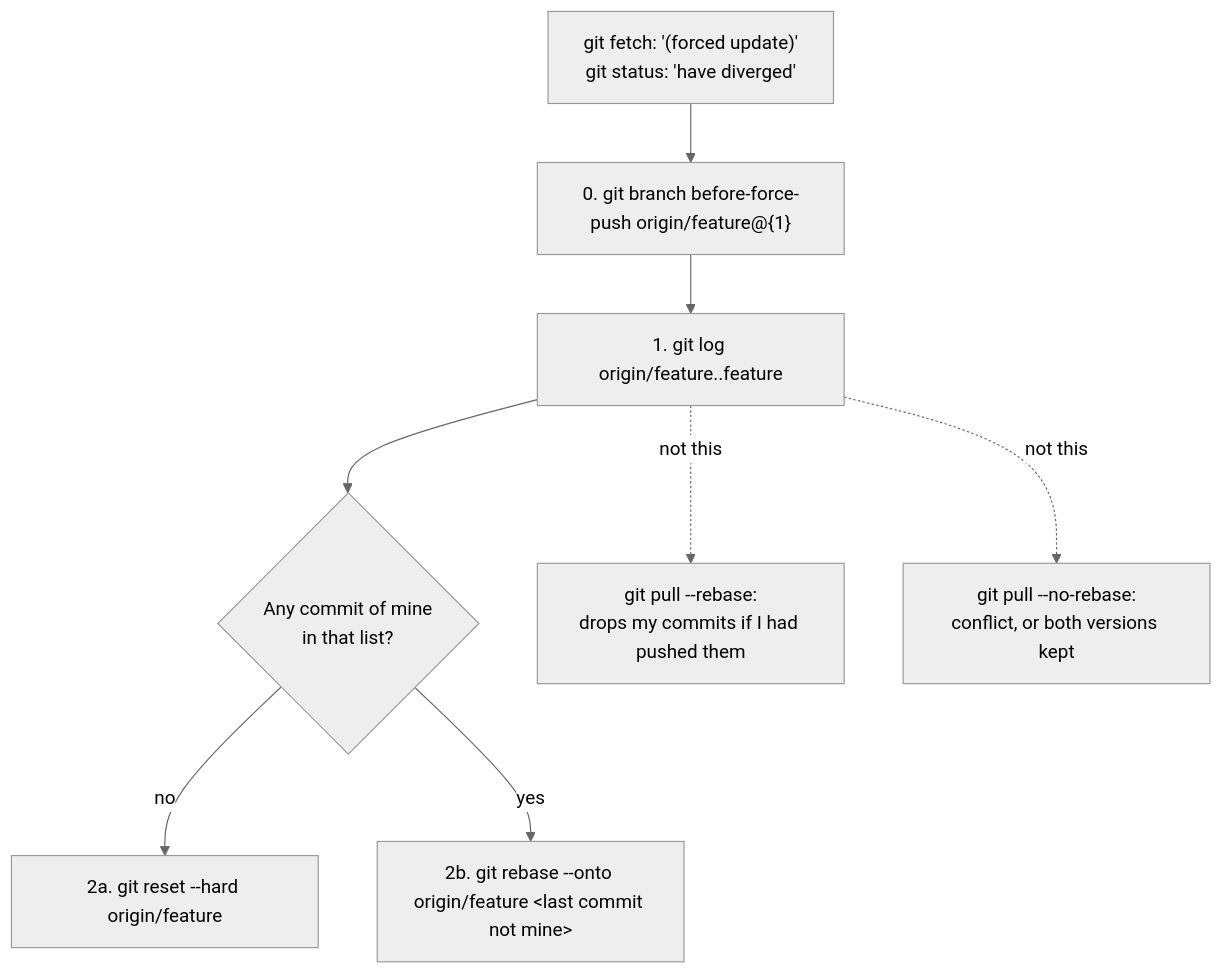
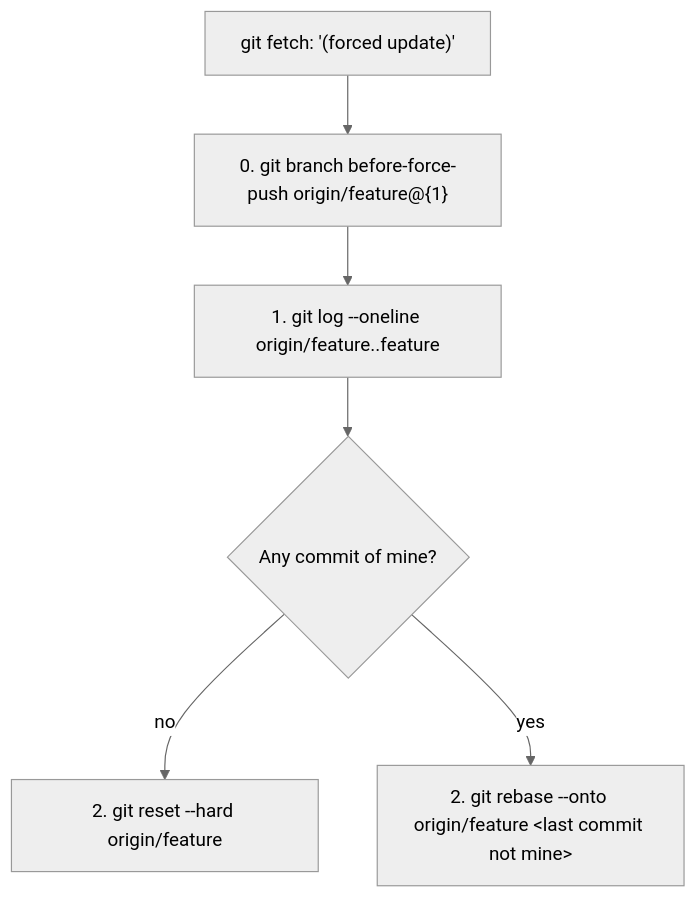
One commit to abdelhousni/til changed the second of 2 diagrams in git/resync-clone-after-force-push.md. Above: the diagram before and after it, drawn with Mermaid (neutral theme). The commit also changed other lines of this file and 1 other file, not shown here.

First line of the commit message:
Shorten both TILs in this PR by about half

````diff
--- a/git/resync-clone-after-force-push.md
+++ b/git/resync-clone-after-force-push.md
@@ -57,10 +36,8 @@
 ```mermaid
 flowchart TD
-    START["git fetch: '(forced update)'<br/>git status: 'have diverged'"] --> KEEP["0. git branch before-force-push origin/feature@{1}"]
-    KEEP --> LOG["1. git log origin/feature..feature"]
-    LOG --> Q{"Any commit of mine<br/>in that list?"}
-    Q -->|no| RESET["2a. git reset --hard origin/feature"]
-    Q -->|yes| ONTO["2b. git rebase --onto origin/feature #lt;last commit not mine#gt;"]
-    LOG -.->|not this| PULL["git pull --rebase:<br/>drops my commits if I had pushed them"]
-    LOG -.->|not this| MERGE["git pull --no-rebase:<br/>conflict, or both versions kept"]
+    START["git fetch: '(forced update)'"] --> KEEP["0. git branch before-force-push origin/feature@{1}"]
+    KEEP --> LOG["1. git log --oneline origin/feature..feature"]
+    LOG --> Q{"Any commit of mine?"}
+    Q -->|no| RESET["2. git reset --hard origin/feature"]
+    Q -->|yes| ONTO["2. git rebase --onto origin/feature #lt;last commit not mine#gt;"]
 ```
````
